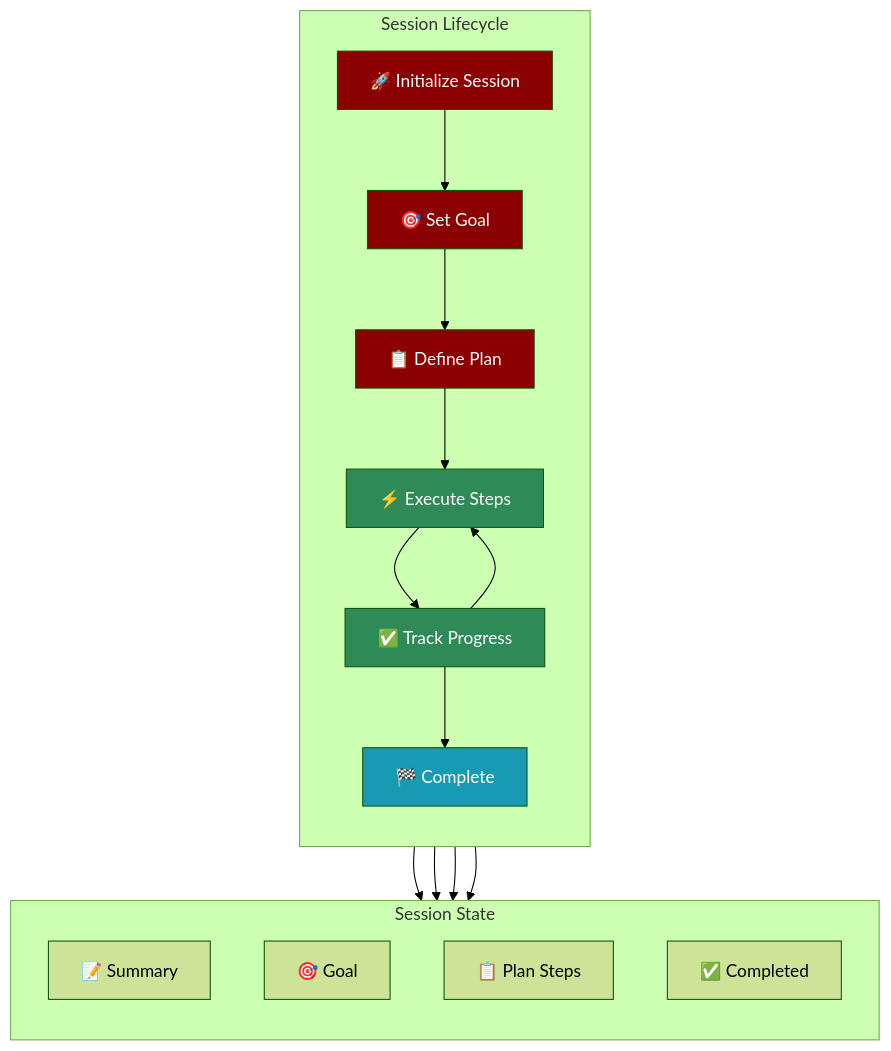
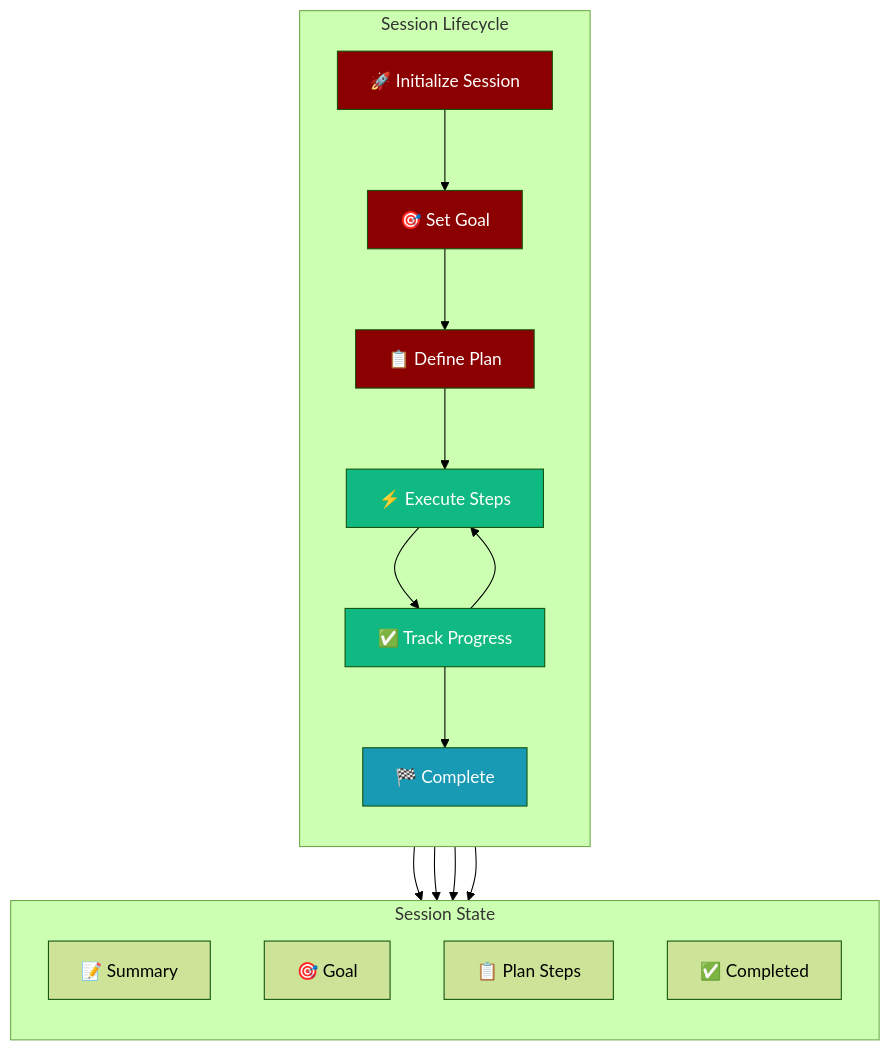
One commit to MervinPraison/PraisonAIDocs changed the fourth of 5 diagrams in docs/features/context-management.mdx. Above: the diagram before and after it, drawn with Mermaid (forest theme). The commit also changed other lines of this file and 10 other files, not shown here.

First line of the commit message:
docs: normalise §3.1 Mermaid palette in features + tools (fixes #1556)

````diff
--- a/docs/features/context-management.mdx
+++ b/docs/features/context-management.mdx
@@ -291,32 +291,32 @@
 ```mermaid
 flowchart TB
     subgraph "Session Lifecycle"
         direction TB
         INIT[🚀 Initialize Session] --> GOAL[🎯 Set Goal]
         GOAL --> PLAN[📋 Define Plan]
         PLAN --> EXEC[⚡ Execute Steps]
         EXEC --> PROGRESS[✅ Track Progress]
         PROGRESS --> EXEC
         PROGRESS --> DONE[🏁 Complete]
     end
 
     subgraph "Session State"
         direction TB
         S_SUMMARY[📝 Summary]
         S_GOAL[🎯 Goal]
         S_PLAN[📋 Plan Steps]
         S_PROGRESS[✅ Completed]
     end
 
     INIT --> S_SUMMARY
     GOAL --> S_GOAL
     PLAN --> S_PLAN
     EXEC --> S_PROGRESS
 
     style INIT fill:#8B0000,color:#fff
     style GOAL fill:#8B0000,color:#fff
     style PLAN fill:#8B0000,color:#fff
-    style EXEC fill:#2E8B57,color:#fff
-    style PROGRESS fill:#2E8B57,color:#fff
+    style EXEC fill:#10B981,color:#fff
+    style PROGRESS fill:#10B981,color:#fff
     style DONE fill:#189AB4,color:#fff
 ```
````
